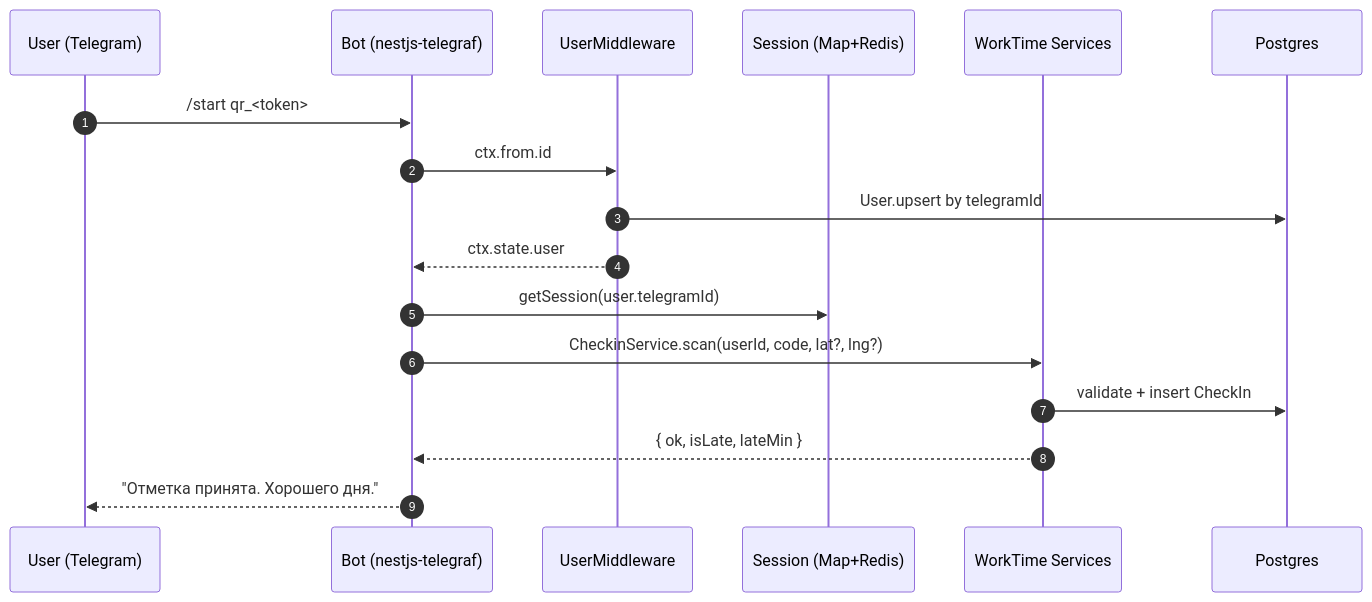
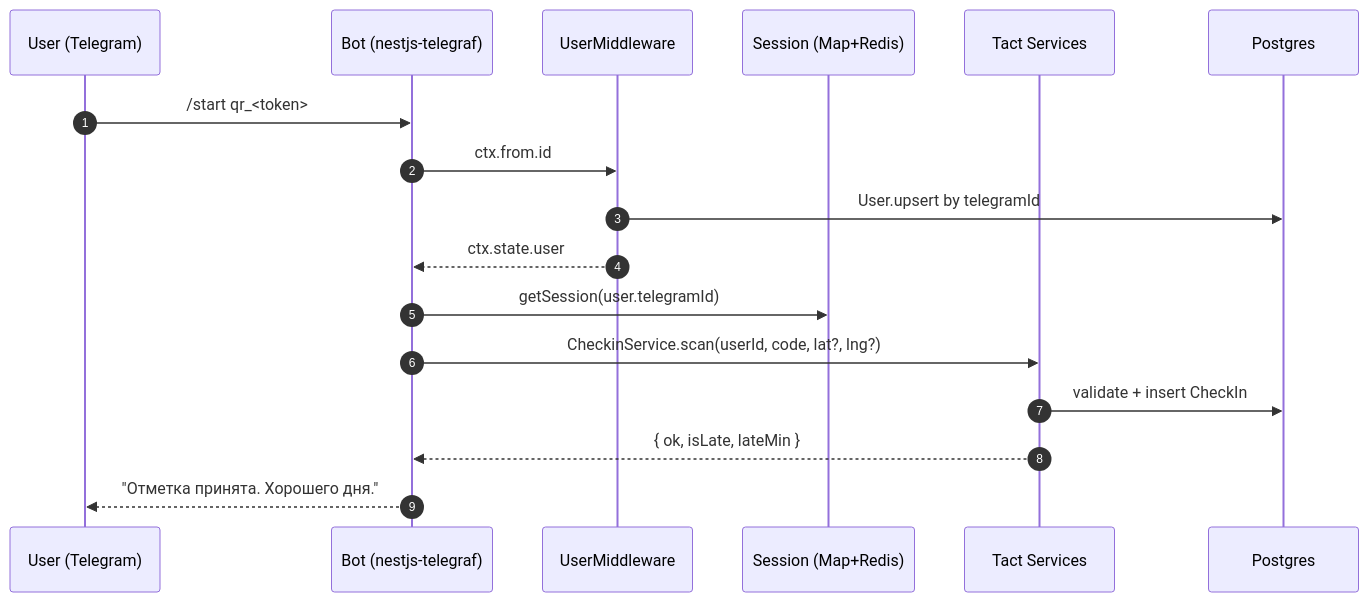
One commit to foxnaim/World-Time-back-End changed the first of 4 diagrams in docs/TELEGRAM_BOT.md. Above: the diagram before and after it, drawn with Mermaid. The commit also changed other lines of this file and 41 other files, not shown here.

First line of the commit message:
rebrand: WorkTime → Tact (product name)

````diff
--- a/docs/TELEGRAM_BOT.md
+++ b/docs/TELEGRAM_BOT.md
@@ -41,20 +41,20 @@
 ```mermaid
 sequenceDiagram
   autonumber
   participant U as User (Telegram)
   participant B as Bot (nestjs-telegraf)
   participant M as UserMiddleware
   participant S as Session (Map+Redis)
-  participant API as WorkTime Services
+  participant API as Tact Services
   participant DB as Postgres
 
   U->>B: /start qr_<token>
   B->>M: ctx.from.id
   M->>DB: User.upsert by telegramId
   M-->>B: ctx.state.user
   B->>S: getSession(user.telegramId)
   B->>API: CheckinService.scan(userId, code, lat?, lng?)
   API->>DB: validate + insert CheckIn
   API-->>B: { ok, isLate, lateMin }
   B-->>U: "Отметка принята. Хорошего дня."
 ```
````
